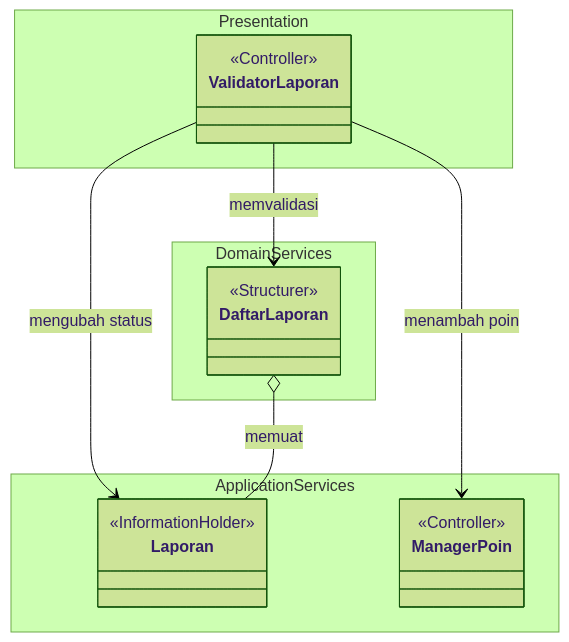
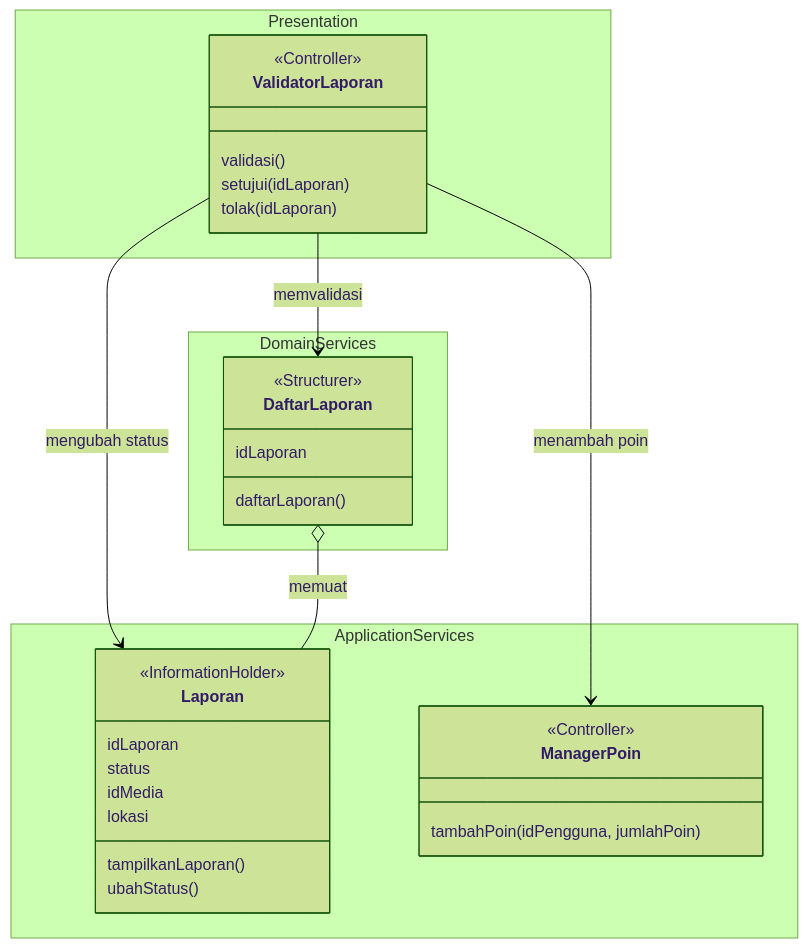
Before and after one commit to star-scripter/IF2150-RPL-K03-G02: the sixth of 9 diagrams in docs/M4/K03_G02_CD.md, drawn with Mermaid (forest theme). The commit also changed other lines of this file, not shown here.

Commit message:
docs: add attributes and operations to mermaid diagram

````diff
--- a/docs/M4/K03_G02_CD.md
+++ b/docs/M4/K03_G02_CD.md
@@ -569,28 +629,40 @@
 ```mermaid
 classDiagram
     direction TB
 
     namespace Presentation {
         class ValidatorLaporan {
+            validasi()
+            setujui(idLaporan)
+            tolak(idLaporan)
         }
     }
     namespace ApplicationServices {
         class Laporan {
+            idLaporan
+            status
+            idMedia
+            lokasi
+            tampilkanLaporan()
+            ubahStatus()
         }
         class ManagerPoin {
+            tambahPoin(idPengguna, jumlahPoin)
         }
     }
     namespace DomainServices {
         class DaftarLaporan {
+            idLaporan
+            daftarLaporan()
         }
     }
     <<Controller>> ValidatorLaporan
     <<InformationHolder>> Laporan
     <<Controller>> ManagerPoin
     <<Structurer>> DaftarLaporan
 
     ValidatorLaporan --> DaftarLaporan : memvalidasi
     ValidatorLaporan --> Laporan : mengubah status
     ValidatorLaporan --> ManagerPoin : menambah poin
     DaftarLaporan o-- Laporan : memuat
 ```
````
